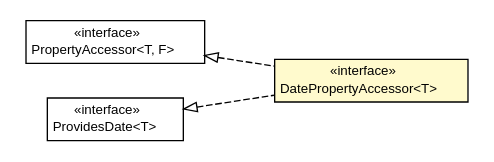
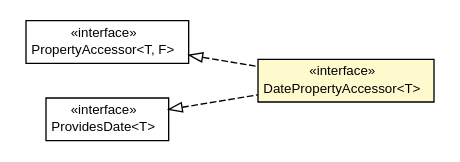
Before and after one commit to growbit/turbogwt-databind: the diagram in javadoc/apidocs/org/turbogwt/mvp/databind/client/property/DatePropertyAccessor.dot, drawn with Graphviz. The commit also changed 171 other files, not shown here.

```diff
--- a/javadoc/apidocs/org/turbogwt/mvp/databind/client/property/DatePropertyAccessor.dot
+++ b/javadoc/apidocs/org/turbogwt/mvp/databind/client/property/DatePropertyAccessor.dot
@@ -1,38 +1,38 @@
 #!/usr/local/bin/dot
 #
 # Class diagram 
 # Generated by UMLGraph version R5_6-24-gf6e263 (http://www.umlgraph.org/)
 #
 
 digraph G {
-	edge [fontname="Helvetica",fontsize=10,labelfontname="Helvetica",labelfontsize=10];
-	node [fontname="Helvetica",fontsize=10,shape=plaintext];
+	edge [fontname="arial",fontsize=10,labelfontname="arial",labelfontsize=10];
+	node [fontname="arial",fontsize=10,shape=plaintext];
 	nodesep=0.25;
 	ranksep=0.5;
 	rankdir=LR;
 	// org.turbogwt.mvp.databind.client.property.PropertyAccessor<T, F>
-	c501 [label=<<table title="org.turbogwt.mvp.databind.client.property.PropertyAccessor" border="0" cellborder="1" cellspacing="0" cellpadding="2" port="p" href="./PropertyAccessor.html">
+	c655 [label=<<table title="org.turbogwt.mvp.databind.client.property.PropertyAccessor" border="0" cellborder="1" cellspacing="0" cellpadding="2" port="p" href="./PropertyAccessor.html">
 		<tr><td><table border="0" cellspacing="0" cellpadding="1">
 <tr><td align="center" balign="center"> &#171;interface&#187; </td></tr>
 <tr><td align="center" balign="center"> PropertyAccessor&lt;T, F&gt; </td></tr>
 		</table></td></tr>
-		</table>>, URL="./PropertyAccessor.html", fontname="Helvetica", fontcolor="black", fontsize=10.0];
+		</table>>, URL="./PropertyAccessor.html", fontname="arial", fontcolor="black", fontsize=10.0];
 	// org.turbogwt.mvp.databind.client.property.DatePropertyAccessor<T>
-	c502 [label=<<table title="org.turbogwt.mvp.databind.client.property.DatePropertyAccessor" border="0" cellborder="1" cellspacing="0" cellpadding="2" port="p" bgcolor="lemonChiffon" href="./DatePropertyAccessor.html">
+	c657 [label=<<table title="org.turbogwt.mvp.databind.client.property.DatePropertyAccessor" border="0" cellborder="1" cellspacing="0" cellpadding="2" port="p" bgcolor="lemonChiffon" href="./DatePropertyAccessor.html">
 		<tr><td><table border="0" cellspacing="0" cellpadding="1">
 <tr><td align="center" balign="center"> &#171;interface&#187; </td></tr>
 <tr><td align="center" balign="center"> DatePropertyAccessor&lt;T&gt; </td></tr>
 		</table></td></tr>
-		</table>>, URL="./DatePropertyAccessor.html", fontname="Helvetica", fontcolor="black", fontsize=10.0];
+		</table>>, URL="./DatePropertyAccessor.html", fontname="arial", fontcolor="black", fontsize=10.0];
 	//org.turbogwt.mvp.databind.client.property.DatePropertyAccessor<T> implements org.turbogwt.mvp.databind.client.property.PropertyAccessor<T, F>
-	c501:p -> c502:p [dir=back,arrowtail=empty,style=dashed];
-	//org.turbogwt.mvp.databind.client.property.DatePropertyAccessor<T> implements org.turbogwt.core.providers.client.ProvidesDate<T>
-	c511:p -> c502:p [dir=back,arrowtail=empty,style=dashed];
-	// org.turbogwt.core.providers.client.ProvidesDate<T>
-	c511 [label=<<table title="org.turbogwt.core.providers.client.ProvidesDate" border="0" cellborder="1" cellspacing="0" cellpadding="2" port="p">
+	c655:p -> c657:p [dir=back,arrowtail=empty,style=dashed];
+	//org.turbogwt.mvp.databind.client.property.DatePropertyAccessor<T> implements org.turbogwt.core.util.shared.ProvidesDate<T>
+	c667:p -> c657:p [dir=back,arrowtail=empty,style=dashed];
+	// org.turbogwt.core.util.shared.ProvidesDate<T>
+	c667 [label=<<table title="org.turbogwt.core.util.shared.ProvidesDate" border="0" cellborder="1" cellspacing="0" cellpadding="2" port="p">
 		<tr><td><table border="0" cellspacing="0" cellpadding="1">
 <tr><td align="center" balign="center"> &#171;interface&#187; </td></tr>
 <tr><td align="center" balign="center"> ProvidesDate&lt;T&gt; </td></tr>
 		</table></td></tr>
-		</table>>, URL="null", fontname="Helvetica", fontcolor="black", fontsize=10.0];
+		</table>>, URL="null", fontname="arial", fontcolor="black", fontsize=10.0];
 }
```
